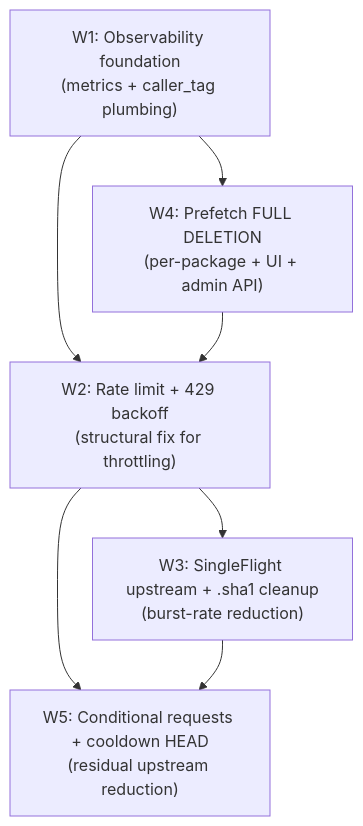
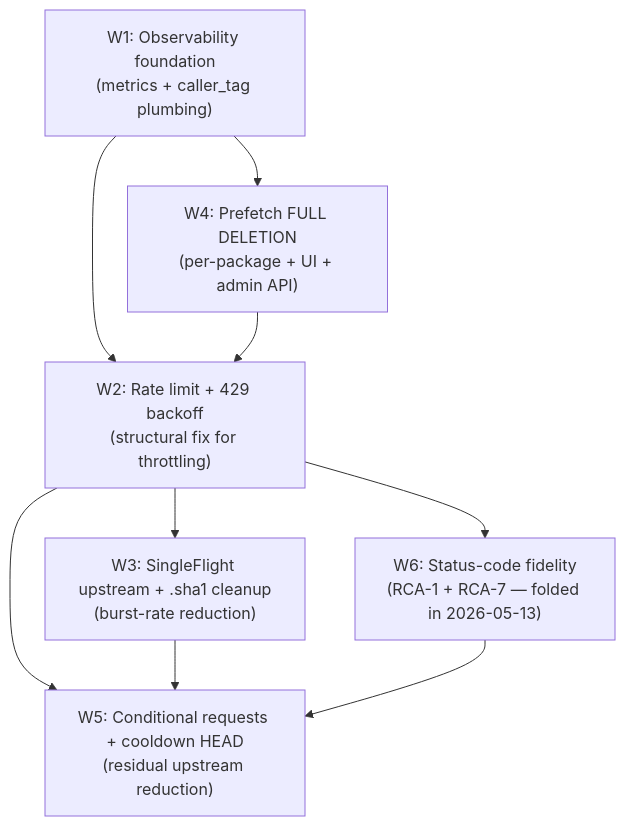
The diagram in analysis/plan/v1/PLAN.md (auto1-oss/pantera), drawn with Mermaid before and after one commit. The commit also changed other lines of this file, not shown here.

````diff
--- a/analysis/plan/v1/PLAN.md
+++ b/analysis/plan/v1/PLAN.md
@@ -184,20 +222,24 @@
 ```mermaid
 flowchart TD
     W1["W1: Observability foundation
 (metrics + caller_tag plumbing)"]
     W2["W2: Rate limit + 429 backoff
 (structural fix for throttling)"]
     W3["W3: SingleFlight upstream + .sha1 cleanup
 (burst-rate reduction)"]
     W4["W4: Prefetch FULL DELETION
 (per-package + UI + admin API)"]
     W5["W5: Conditional requests + cooldown HEAD
 (residual upstream reduction)"]
+    W6["W6: Status-code fidelity
+(RCA-1 + RCA-7 — folded in 2026-05-13)"]
 
     W1 --> W4
     W1 --> W2
     W4 --> W2
     W2 --> W3
+    W2 --> W6
     W2 --> W5
     W3 --> W5
+    W6 --> W5
 ```
````
